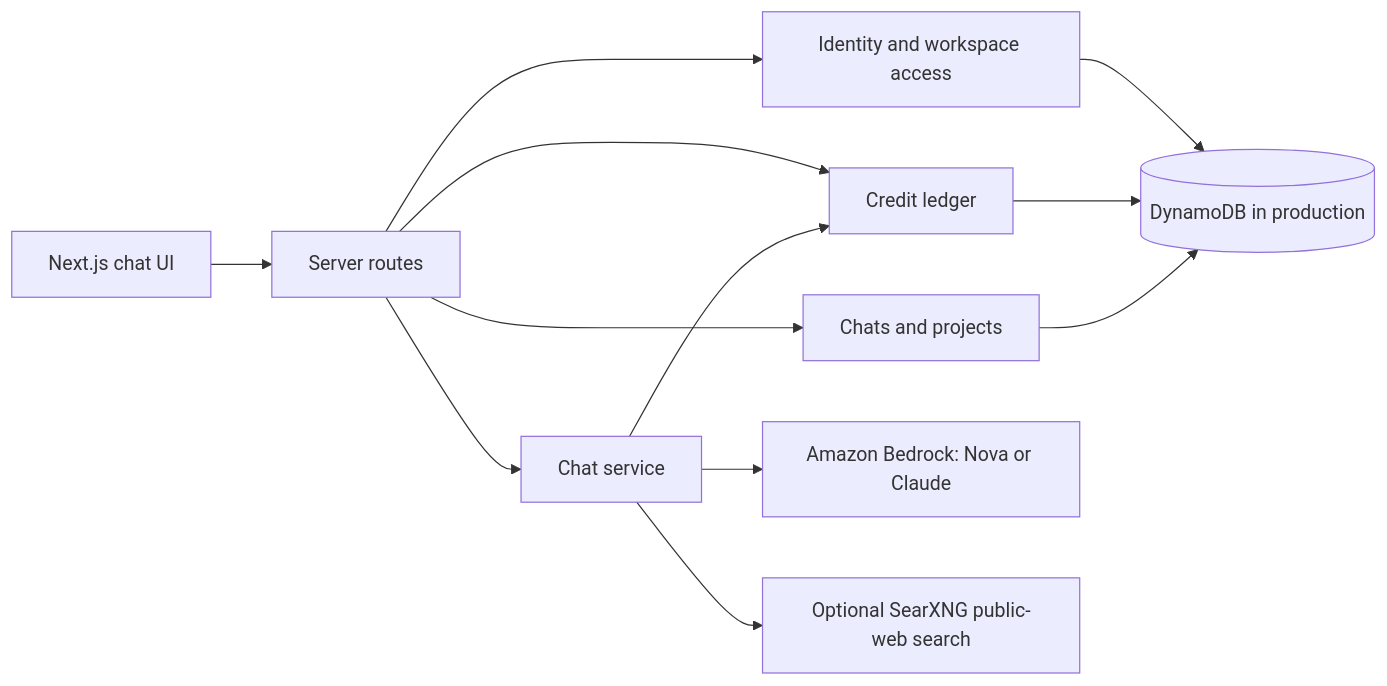
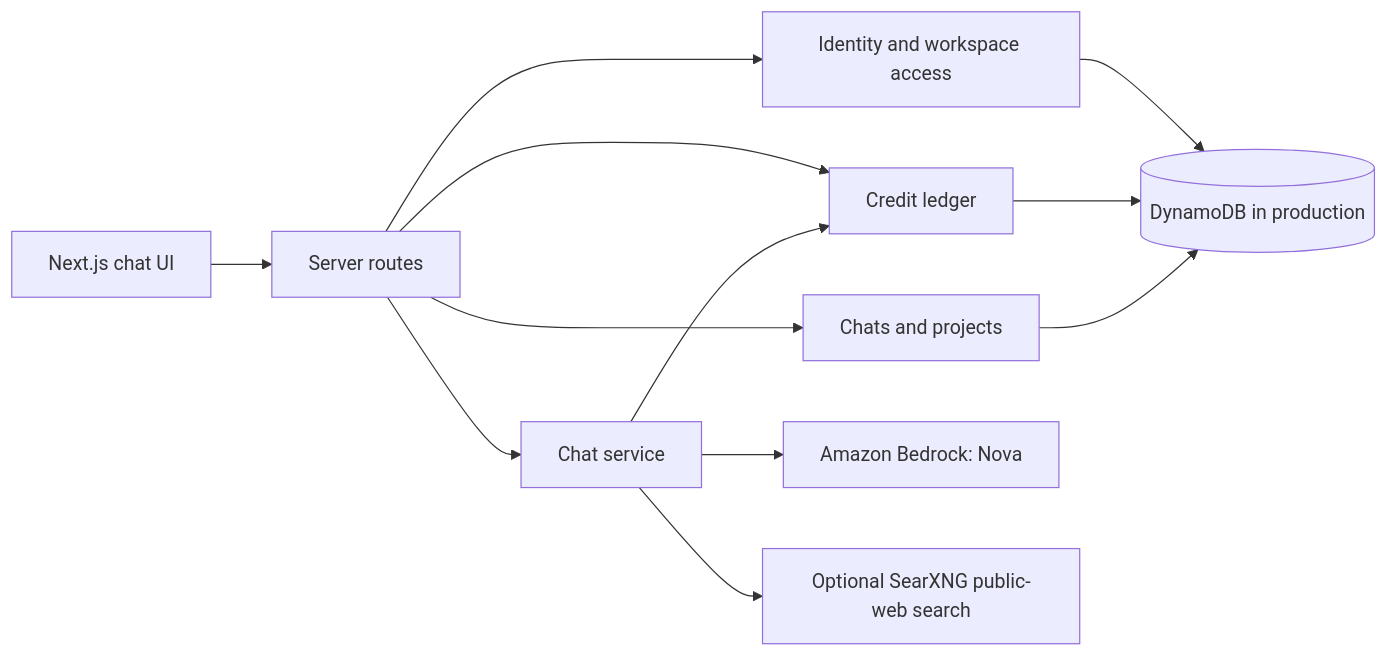
One commit to Sanjeev1802/Aria changed the diagram in README.md. Above: the diagram before and after it, drawn with Mermaid. The commit also changed other lines of this file and 28 other files, not shown here.

Commit message:
Use Bedrock Nova across all ARIA plans

````diff
--- a/README.md
+++ b/README.md
@@ -26,14 +26,14 @@
 ```mermaid
 flowchart LR
   Browser[Next.js chat UI] --> API[Server routes]
   API --> Identity[Identity and workspace access]
   API --> Ledger[Credit ledger]
   API --> Threads[Chats and projects]
   API --> Chat[Chat service]
   Chat --> Ledger
-  Chat --> Bedrock[Amazon Bedrock: Nova or Claude]
+  Chat --> Bedrock[Amazon Bedrock: Nova]
   Chat --> Search[Optional SearXNG public-web search]
   Identity --> Store[(DynamoDB in production)]
   Ledger --> Store
   Threads --> Store
 ```
````
